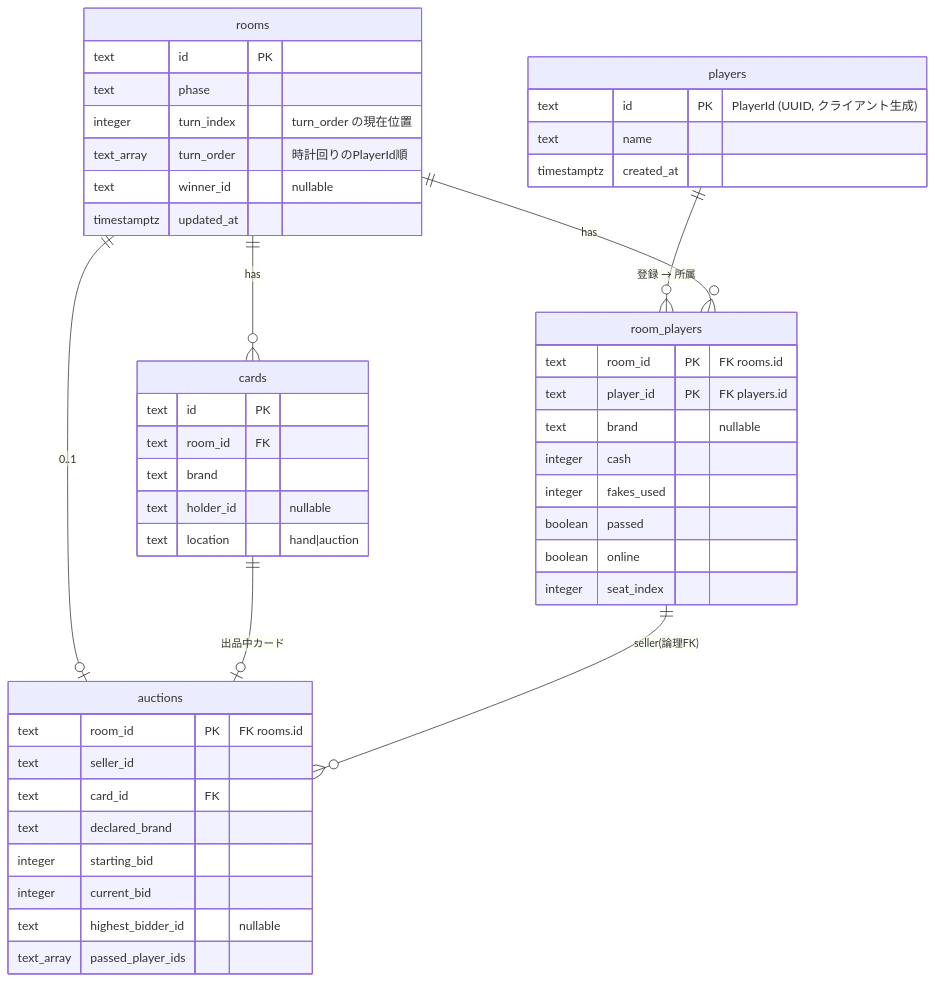
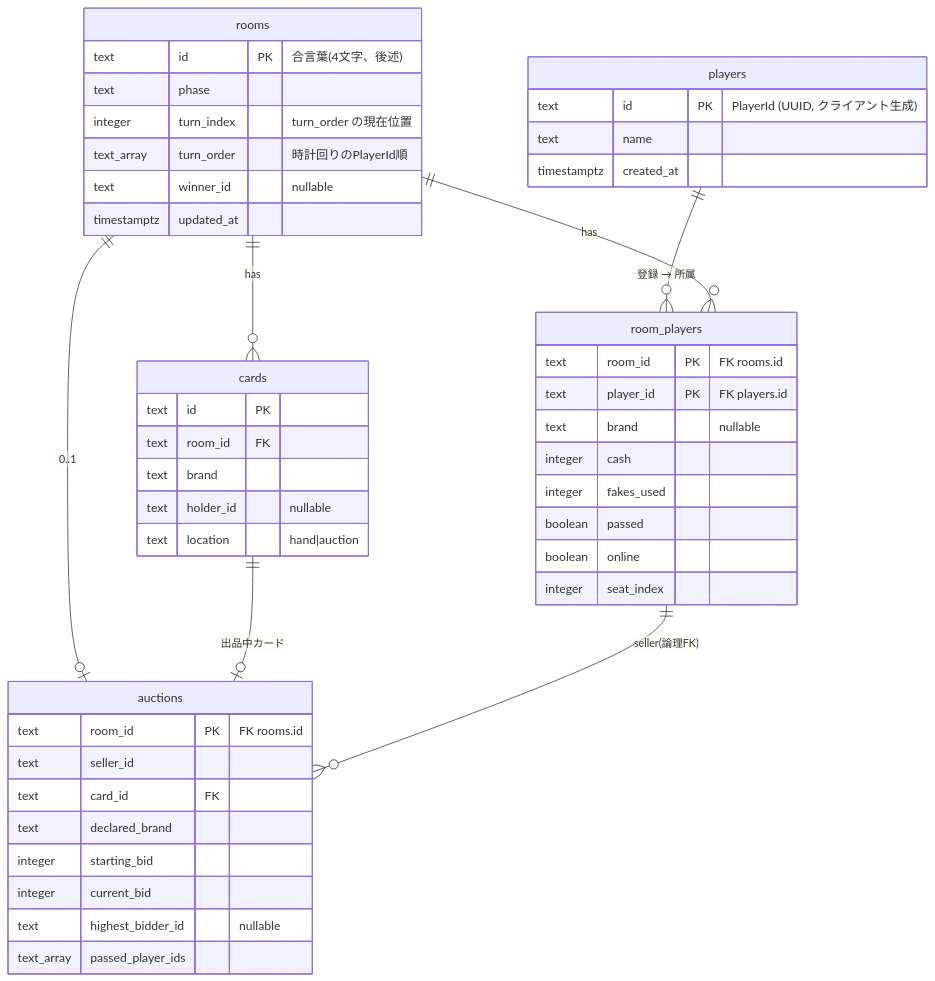
The diagram in docs/design/02_data_model.md (calm1205/bluff-auction), drawn with Mermaid before and after one commit.

Commit message:
chore: auto-commit by Claude Code

````diff
--- a/docs/design/02_data_model.md
+++ b/docs/design/02_data_model.md
@@ -7,50 +7,50 @@
 ```mermaid
 erDiagram
     players ||--o{ room_players : "登録 → 所属"
     rooms ||--o{ room_players : has
     rooms ||--o{ cards : has
     rooms ||--o| auctions : "0..1"
     cards ||--o| auctions : "出品中カード"
     room_players ||--o{ auctions : "seller(論理FK)"
 
     rooms {
-        text id PK
+        text id PK "合言葉(4文字、後述)"
         text phase
         integer turn_index "turn_order の現在位置"
         text_array turn_order "時計回りのPlayerId順"
         text winner_id "nullable"
         timestamptz updated_at
     }
     players {
         text id PK "PlayerId (UUID, クライアント生成)"
         text name
         timestamptz created_at
     }
     room_players {
         text room_id PK "FK rooms.id"
         text player_id PK "FK players.id"
         text brand "nullable"
         integer cash
         integer fakes_used
         boolean passed
         boolean online
         integer seat_index
     }
     cards {
         text id PK
         text room_id FK
         text brand
         text holder_id "nullable"
         text location "hand|auction"
     }
     auctions {
         text room_id PK "FK rooms.id"
         text seller_id
         text card_id FK
         text declared_brand
         integer starting_bid
         integer current_bid
         text highest_bidder_id "nullable"
         text_array passed_player_ids
     }
 ```
````
